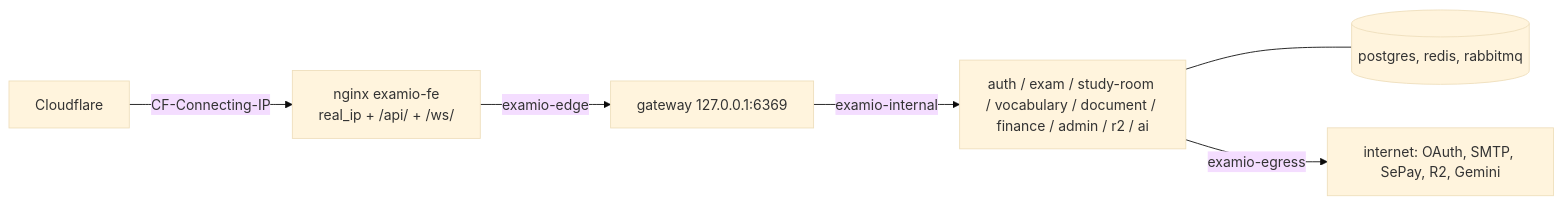
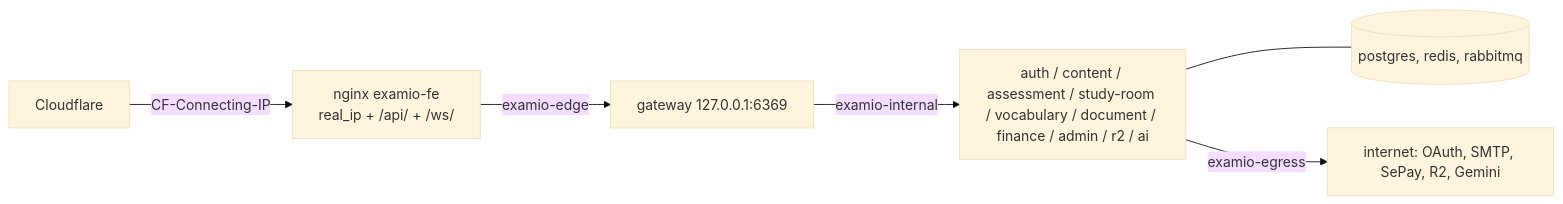
Before and after one commit to tgiap04/examio: the ninth of 9 diagrams in docs/system/architecture.md, drawn with Mermaid (base theme). The commit also changed other lines of this file and 20 other files, not shown here.

First line of the commit message:
docs: document content-service and assessment-service

````diff
--- a/docs/system/architecture.md
+++ b/docs/system/architecture.md
@@ -553,8 +569,8 @@
 ```mermaid
 graph LR
     CF[Cloudflare] -->|CF-Connecting-IP| NGX[nginx examio-fe<br/>real_ip + /api/ + /ws/]
     NGX -->|examio-edge| GW[gateway 127.0.0.1:6369]
-    GW -->|examio-internal| SVC[auth / exam / study-room / vocabulary / document / finance / admin / r2 / ai]
+    GW -->|examio-internal| SVC[auth / content / assessment / study-room / vocabulary / document / finance / admin / r2 / ai]
     SVC --- DATA[(postgres, redis, rabbitmq)]
     SVC -->|examio-egress| NET[internet: OAuth, SMTP, SePay, R2, Gemini]
 ```
````
